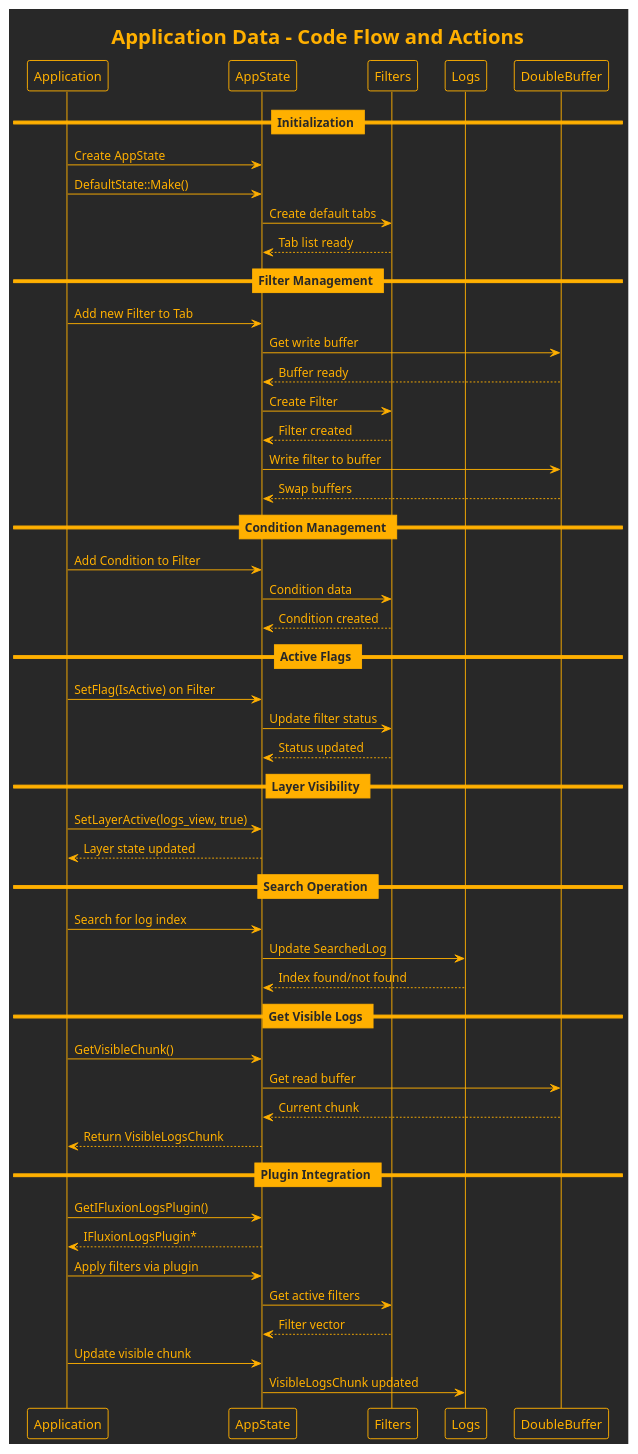
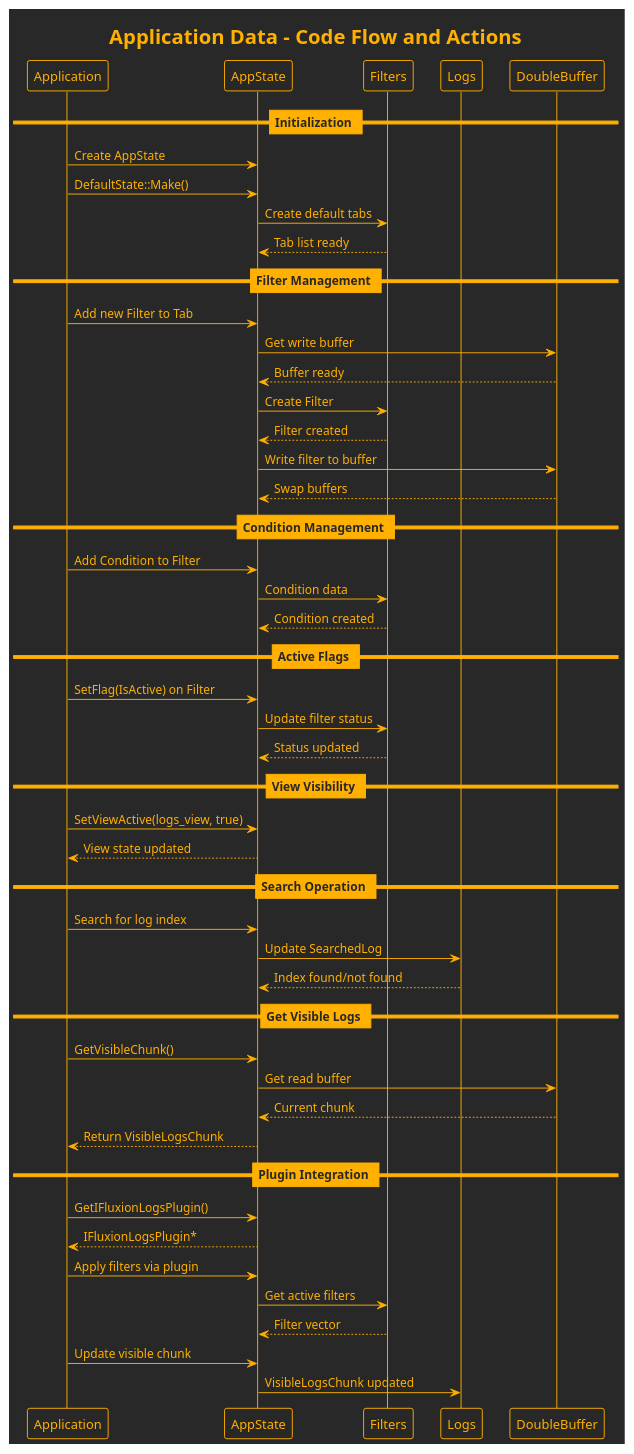
The diagram in src/Fluxion/Data/docs/code.puml (TheAncientOwl/fluxion), drawn with PlantUML before and after one commit. The commit also changed 105 other files, not shown here.

Commit message:
Rename Layer->View to better fit the purpose. TODO: consider layering in the future

```diff
--- a/src/Fluxion/Data/docs/code.puml
+++ b/src/Fluxion/Data/docs/code.puml
@@ -1,62 +1,62 @@
 @startuml Application Data Workflow
 
 !theme crt-amber
 
 title Application Data - Code Flow and Actions
 
 participant "Application" as app
 participant "AppState" as state
 participant "Filters" as filters
 participant "Logs" as logs
 participant "DoubleBuffer" as buffer
 
 == Initialization ==
 app -> state: Create AppState
 app -> state: DefaultState::Make()
 state -> filters: Create default tabs
 filters --> state: Tab list ready
 
 == Filter Management ==
 app -> state: Add new Filter to Tab
 state -> buffer: Get write buffer
 buffer --> state: Buffer ready
 state -> filters: Create Filter
 filters --> state: Filter created
 state -> buffer: Write filter to buffer
 buffer --> state: Swap buffers
 
 == Condition Management ==
 app -> state: Add Condition to Filter
 state -> filters: Condition data
 filters --> state: Condition created
 
 == Active Flags ==
 app -> state: SetFlag(IsActive) on Filter
 state -> filters: Update filter status
 filters --> state: Status updated
 
-== Layer Visibility ==
-app -> state: SetLayerActive(logs_view, true)
-state --> app: Layer state updated
+== View Visibility ==
+app -> state: SetViewActive(logs_view, true)
+state --> app: View state updated
 
 == Search Operation ==
 app -> state: Search for log index
 state -> logs: Update SearchedLog
 logs --> state: Index found/not found
 
 == Get Visible Logs ==
 app -> state: GetVisibleChunk()
 state -> buffer: Get read buffer
 buffer --> state: Current chunk
 state --> app: Return VisibleLogsChunk
 
 == Plugin Integration ==
 app -> state: GetIFluxionLogsPlugin()
 state --> app: IFluxionLogsPlugin*
 app -> state: Apply filters via plugin
 state -> filters: Get active filters
 filters --> state: Filter vector
 app -> state: Update visible chunk
 state -> logs: VisibleLogsChunk updated
 
 @enduml
```
